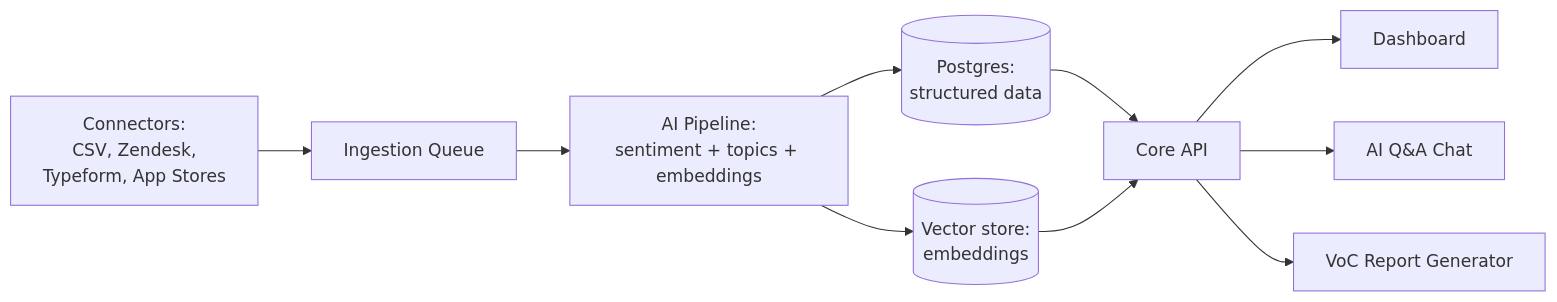
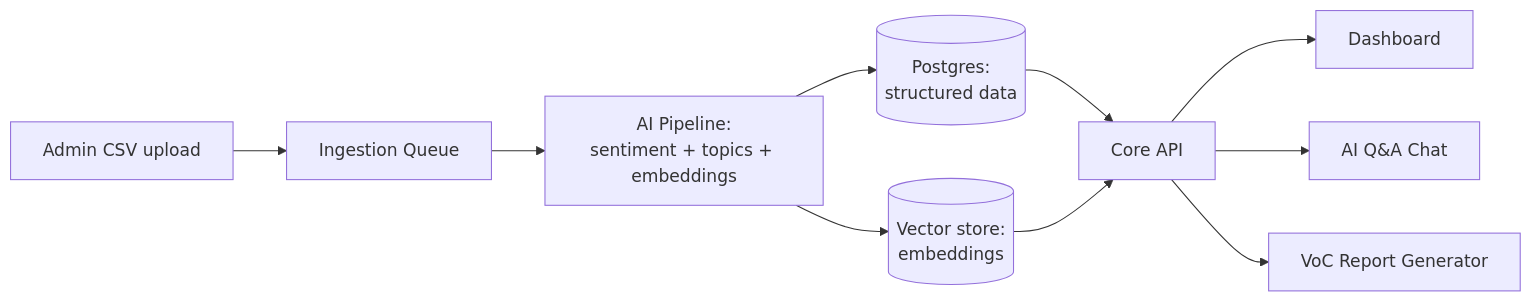
Before and after one commit to devxjitin/Project-loop: the diagram in pm.md, drawn with Mermaid. The commit also changed other lines of this file and 32 other files, not shown here.

Commit message:
Remove external connectors in favor of admin CSV uploads

````diff
--- a/pm.md
+++ b/pm.md
@@ -87,12 +87,12 @@
 ```mermaid
 flowchart LR
-  A[Connectors:<br/>CSV, Zendesk,<br/>Typeform, App Stores] --> B[Ingestion Queue]
+  A[Admin CSV upload] --> B[Ingestion Queue]
   B --> C[AI Pipeline:<br/>sentiment + topics + embeddings]
   C --> D[(Postgres:<br/>structured data)]
   C --> E[(Vector store:<br/>embeddings)]
   D --> F[Core API]
   E --> F
   F --> G[Dashboard]
   F --> H[AI Q&A Chat]
   F --> I[VoC Report Generator]
 ```
````
